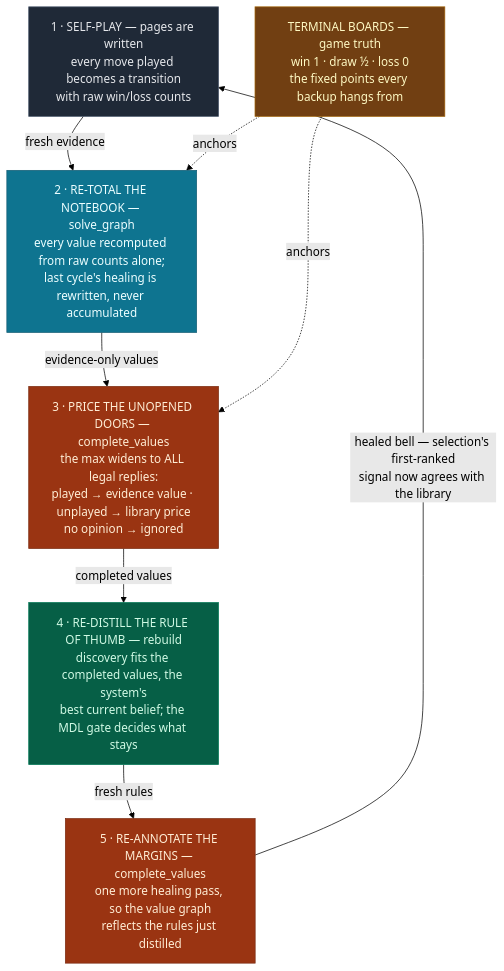
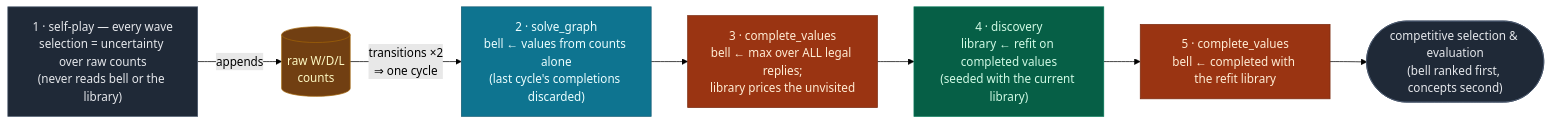
The diagram in docs/value-loop.md (MatheweB/WiseExplorer), drawn with Mermaid (forest theme) before and after one commit. The commit also changed other lines of this file and 3 other files, not shown here.

````diff
--- a/docs/value-loop.md
+++ b/docs/value-loop.md
@@ -64,23 +93,14 @@
 ```mermaid
-flowchart TB
-    classDef play     fill:#1f2937,stroke:#475569,color:#e5e7eb
-    classDef evidence fill:#0e7490,stroke:#155e75,color:#ecfeff
-    classDef heal     fill:#9a3412,stroke:#7c2d12,color:#ffedd5
-    classDef distill  fill:#065f46,stroke:#047857,color:#d1fae5
-    classDef truth    fill:#713f12,stroke:#a16207,color:#fef9c3
-
-    P["1 · SELF-PLAY — pages are written<br/>every move played becomes a transition<br/>with raw win/loss counts"]:::play
-    S["2 · RE-TOTAL THE NOTEBOOK — solve_graph<br/>every value recomputed from raw counts alone;<br/>last cycle's healing is rewritten, never accumulated"]:::evidence
-    H1["3 · PRICE THE UNOPENED DOORS — complete_values<br/>the max widens to ALL legal replies:<br/>played → evidence value · unplayed → library price<br/>no opinion → ignored"]:::heal
-    D["4 · RE-DISTILL THE RULE OF THUMB — rebuild<br/>discovery fits the completed values, the system's<br/>best current belief; the MDL gate decides what stays"]:::distill
-    H2["5 · RE-ANNOTATE THE MARGINS — complete_values<br/>one more healing pass, so the value graph<br/>reflects the rules just distilled"]:::heal
-    T["TERMINAL BOARDS — game truth<br/>win 1 · draw ½ · loss 0<br/>the fixed points every backup hangs from"]:::truth
-
-    P -->|"fresh evidence"| S
-    S -->|"evidence-only values"| H1
-    H1 -->|"completed values"| D
-    D -->|"fresh rules"| H2
-    H2 -->|"healed bell — selection's first-ranked<br/>signal now agrees with the library"| P
-    T -.->|anchors| S
-    T -.->|anchors| H1
+flowchart LR
+    classDef pl fill:#1f2937,stroke:#475569,color:#e5e7eb
+    classDef db fill:#713f12,stroke:#a16207,color:#fef9c3
+    classDef ev fill:#0e7490,stroke:#155e75,color:#ecfeff
+    classDef co fill:#9a3412,stroke:#7c2d12,color:#ffedd5
+    classDef di fill:#065f46,stroke:#047857,color:#d1fae5
+    P["1 · self-play — every wave<br/>selection = uncertainty over raw counts<br/>(never reads bell or the library)"]:::pl -->|"appends"| K[("raw W/D/L<br/>counts")]:::db
+    K -->|"transitions ×2<br/>⇒ one cycle"| S["2 · solve_graph<br/>bell ← values from counts alone<br/>(last cycle's completions discarded)"]:::ev
+    S --> C1["3 · complete_values<br/>bell ← max over ALL legal replies;<br/>library prices the unvisited"]:::co
+    C1 --> D["4 · discovery<br/>library ← refit on completed values<br/>(seeded with the current library)"]:::di
+    D --> C2["5 · complete_values<br/>bell ← completed with the refit library"]:::co
+    C2 --> OUT(["competitive selection & evaluation<br/>(bell ranked first, concepts second)"]):::pl
 ```
````
